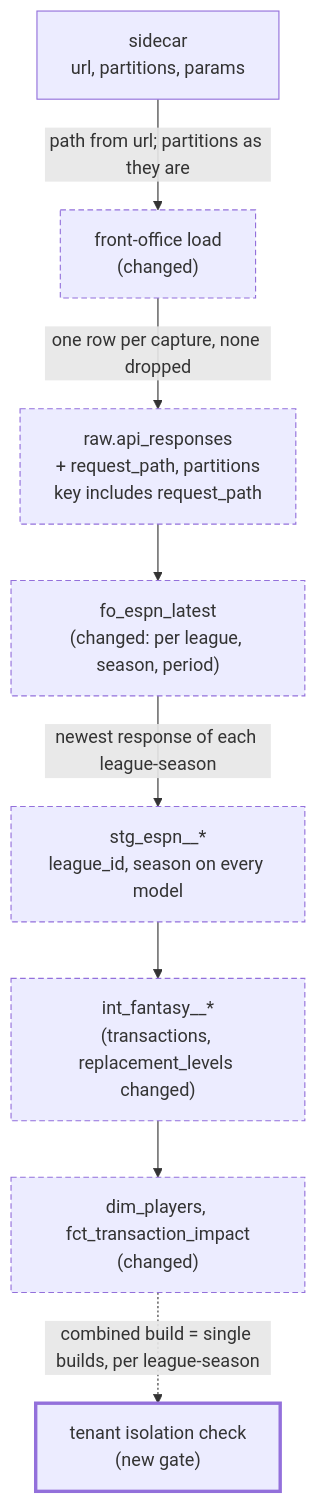
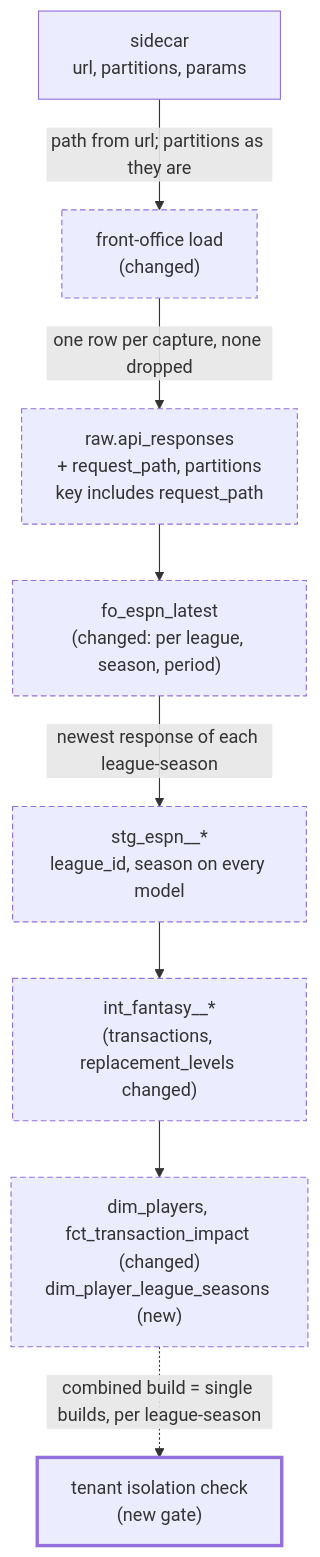
The diagram in docs/specs/0028-league-season-identity/design.md (nick-socci/front-office), drawn with Mermaid before and after one commit. The commit also changed other lines of this file and 6 other files, not shown here.

Commit message:
Split players into a conformed dimension and a per-league-season table: the owner's choice (#28)

````diff
--- a/docs/specs/0028-league-season-identity/design.md
+++ b/docs/specs/0028-league-season-identity/design.md
@@ -16,23 +17,23 @@
 ```mermaid
 flowchart TD
   sidecar["sidecar<br/>url, partitions, params"]
   loader["front-office load<br/>(changed)"]
   raw["raw.api_responses<br/>+ request_path, partitions<br/>key includes request_path"]
   latest["fo_espn_latest<br/>(changed: per league, season, period)"]
   stg["stg_espn__*<br/>league_id, season on every model"]
   intm["int_fantasy__*<br/>(transactions, replacement_levels changed)"]
-  marts["dim_players, fct_transaction_impact<br/>(changed)"]
+  marts["dim_players, fct_transaction_impact (changed)<br/>dim_player_league_seasons (new)"]
   check["tenant isolation check<br/>(new gate)"]
 
   sidecar -->|"path from url; partitions as they are"| loader
   loader -->|"one row per capture, none dropped"| raw
   raw --> latest
   latest -->|"newest response of each league-season"| stg
   stg --> intm --> marts
   marts -.->|"combined build = single builds, per league-season"| check
 
   classDef new stroke-width:3px
   classDef changed stroke-dasharray:5 3
   class check new
   class loader,raw,latest,stg,intm,marts changed
 ```
````
